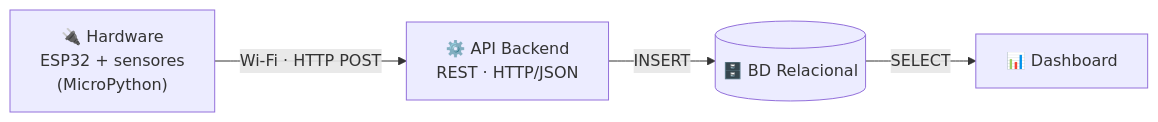
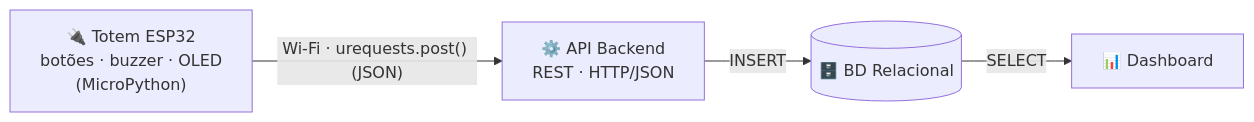
The diagram in README.md (RedAkasha/telemetria-esp32-equipenexusdata), drawn with Mermaid before and after one commit. The commit also changed other lines of this file and 15 other files, not shown here.

Commit message:
feat: totem ESP32 com botões, buzzer, OLED, estruturas em memória e envio JSON

````diff
--- a/README.md
+++ b/README.md
@@ -16,11 +16,11 @@
 ```mermaid
 flowchart LR
-    HW["🔌 Hardware<br/>ESP32 + sensores<br/>(MicroPython)"]
+    HW["🔌 Totem ESP32<br/>botões · buzzer · OLED<br/>(MicroPython)"]
     API["⚙️ API Backend<br/>REST · HTTP/JSON"]
     DB[("🗄️ BD Relacional")]
     DASH["📊 Dashboard"]
 
-    HW -- "Wi-Fi · HTTP POST" --> API
+    HW -- "Wi-Fi · urequests.post() (JSON)" --> API
     API -- "INSERT" --> DB
     DB -- "SELECT" --> DASH
 ```
````
